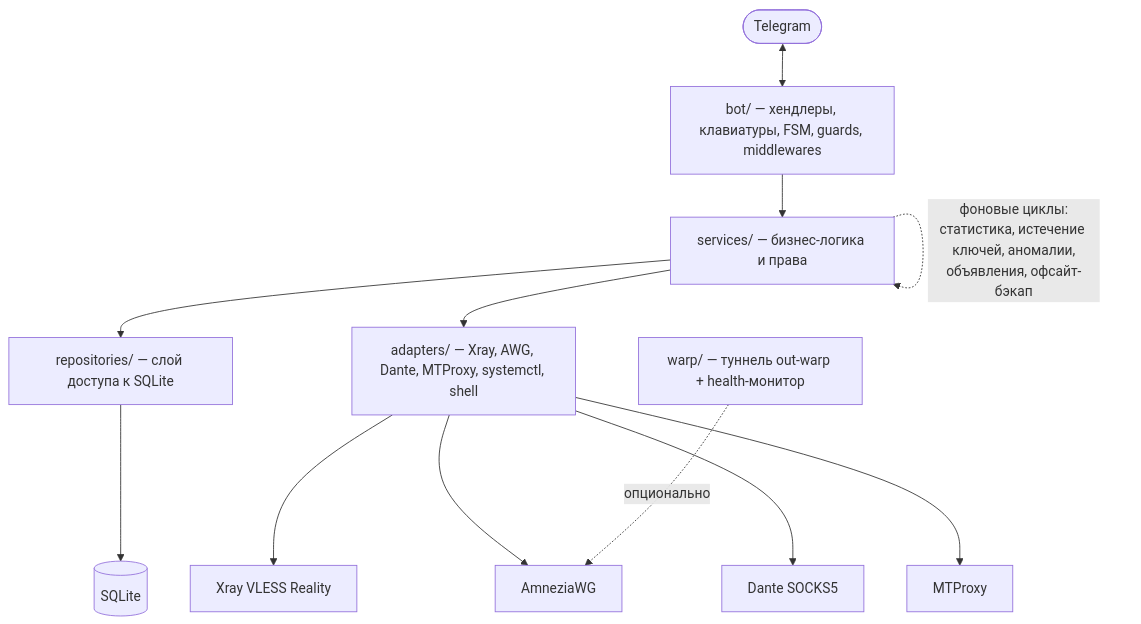
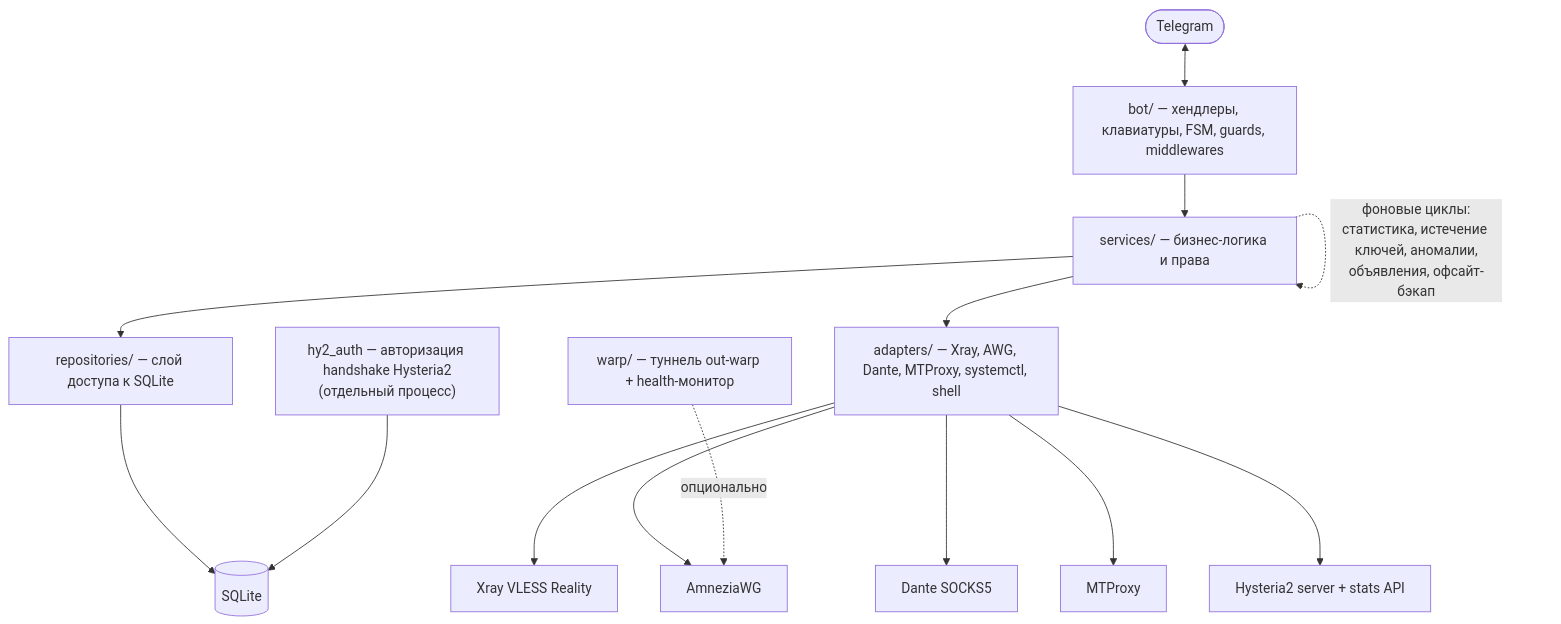
One commit to Egor051/vpnbot changed the diagram in README_RU.md. Above: the diagram before and after it, drawn with Mermaid. The commit also changed other lines of this file and 6 other files, not shown here.

````diff
--- a/README_RU.md
+++ b/README_RU.md
@@ -84,14 +84,16 @@
 ```mermaid
 flowchart TD
     TG([Telegram]) <--> BOT["bot/ — хендлеры, клавиатуры, FSM, guards, middlewares"]
     BOT --> SVC["services/ — бизнес-логика и права"]
     SVC --> REPO["repositories/ — слой доступа к SQLite"]
     SVC --> ADP["adapters/ — Xray, AWG, Dante, MTProxy, systemctl, shell"]
     REPO --> DB[(SQLite)]
     ADP --> XRAY[Xray VLESS Reality]
     ADP --> AWG[AmneziaWG]
     ADP --> DANTE[Dante SOCKS5]
     ADP --> MT[MTProxy]
+    ADP --> HY2[Hysteria2 server + stats API]
     WARP["warp/ — туннель out-warp + health-монитор"] -. опционально .-> AWG
+    HY2AUTH["hy2_auth — авторизация handshake Hysteria2<br/>(отдельный процесс)"] --> DB
     SVC -. фоновые циклы:<br/>статистика, истечение ключей, аномалии,<br/>объявления, офсайт-бэкап .-> SVC
 ```
````
